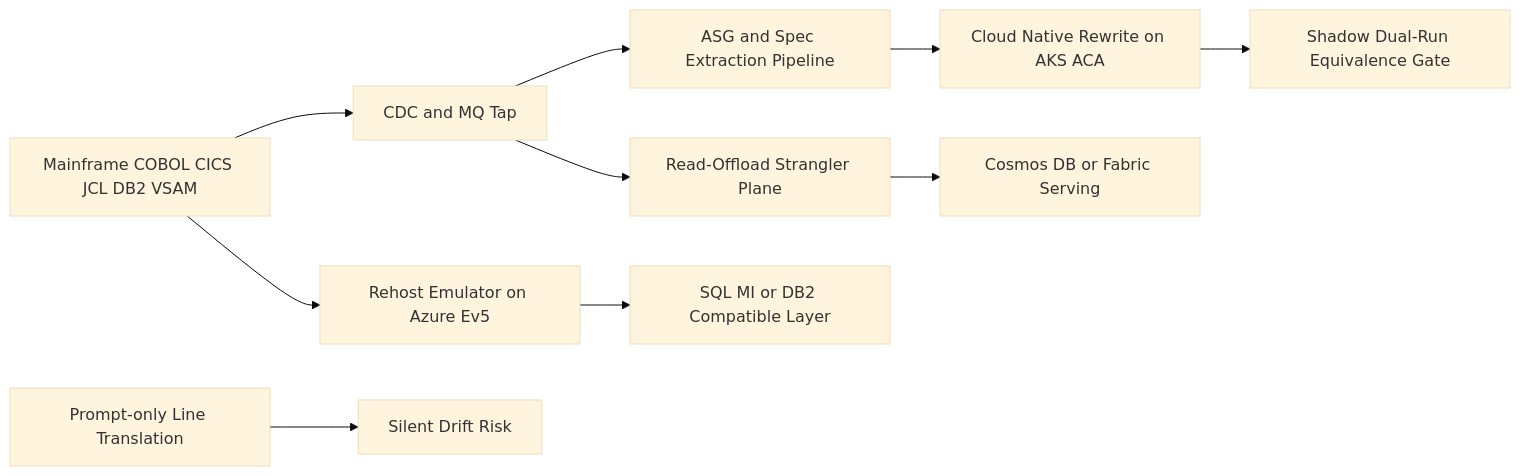
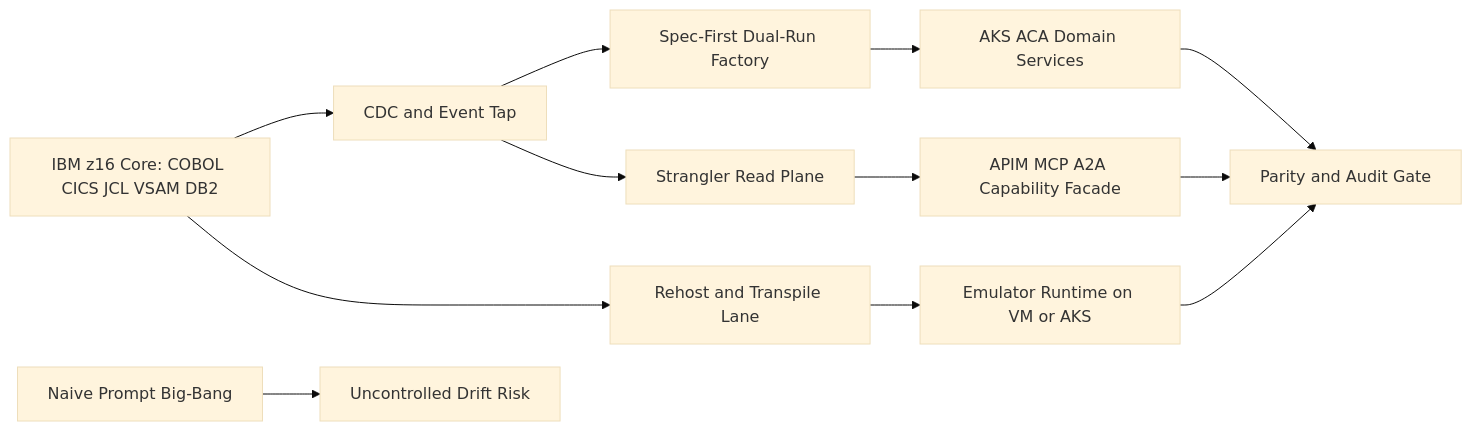
One commit to turbo998/ai-infra-lab changed the first of 3 diagrams in docs/azure-agent-infra/mainframe-cobol-jcl-modernization-spec-dual-run-vs-rehost-vs-strangler-selection-faq.md. Above: the diagram before and after it, drawn with Mermaid (base theme). The commit also changed other lines of this file and 10 other files, not shown here.

Commit message:
fix(azure-agent-infra): rewrite #395 SA prose and enforce prefix/tag hygiene gates

````diff
--- a/docs/azure-agent-infra/mainframe-cobol-jcl-modernization-spec-dual-run-vs-rehost-vs-strangler-selection-faq.md
+++ b/docs/azure-agent-infra/mainframe-cobol-jcl-modernization-spec-dual-run-vs-rehost-vs-strangler-selection-faq.md
@@ -29,12 +21,14 @@
 ```mermaid
 flowchart LR
-  MF[Mainframe COBOL CICS JCL DB2 VSAM] --> TAP[CDC and MQ Tap]
-  TAP --> A1[ASG and Spec Extraction Pipeline]
-  A1 --> A2[Cloud Native Rewrite on AKS ACA]
-  A2 --> A3[Shadow Dual-Run Equivalence Gate]
-  MF --> B1[Rehost Emulator on Azure Ev5]
-  B1 --> B2[SQL MI or DB2 Compatible Layer]
-  TAP --> C1[Read-Offload Strangler Plane]
-  C1 --> C2[Cosmos DB or Fabric Serving]
-  D1[Prompt-only Line Translation] --> D2[Silent Drift Risk]
+  Z[IBM z16 Core: COBOL CICS JCL VSAM DB2] --> E[CDC and Event Tap]
+  Z --> B[Rehost and Transpile Lane]
+  E --> A[Spec-First Dual-Run Factory]
+  E --> C[Strangler Read Plane]
+  A --> AR[AKS ACA Domain Services]
+  B --> BR[Emulator Runtime on VM or AKS]
+  C --> CR[APIM MCP A2A Capability Facade]
+  AR --> G[Parity and Audit Gate]
+  BR --> G
+  CR --> G
+  D[Naive Prompt Big-Bang] --> X[Uncontrolled Drift Risk]
 ```
````
